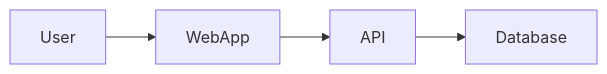
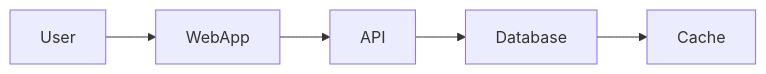
Before and after one commit to akshatha1710/github-mermaid-demo: the diagram in docs/architecture3.mmd, drawn with Mermaid.

Commit message:
Add Cache to architecture flowchart

```diff
--- a/docs/architecture3.mmd
+++ b/docs/architecture3.mmd
@@ -1,4 +1,5 @@
 flowchart LR
     User --> WebApp
     WebApp --> API
     API --> Database
+    Database --> Cache
```
